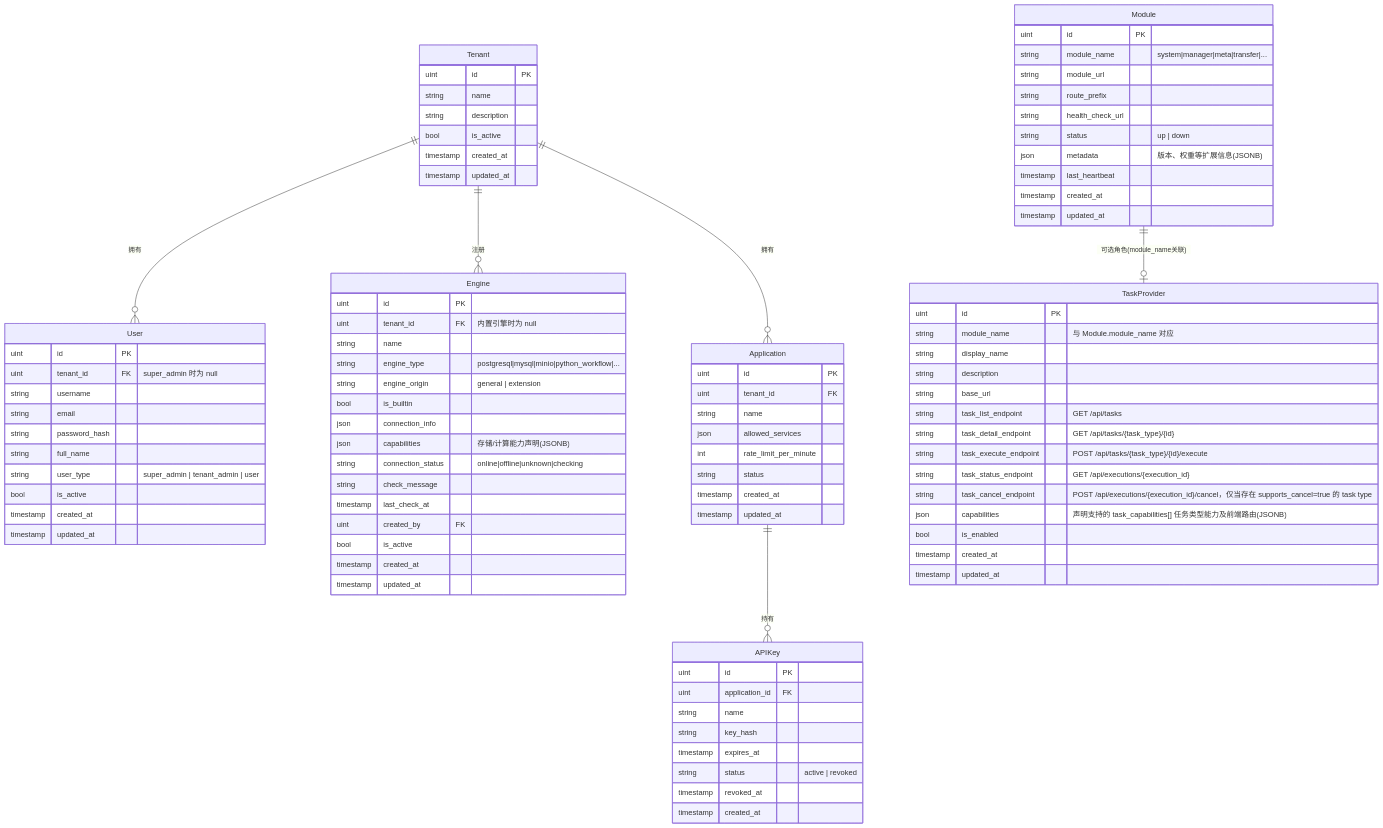
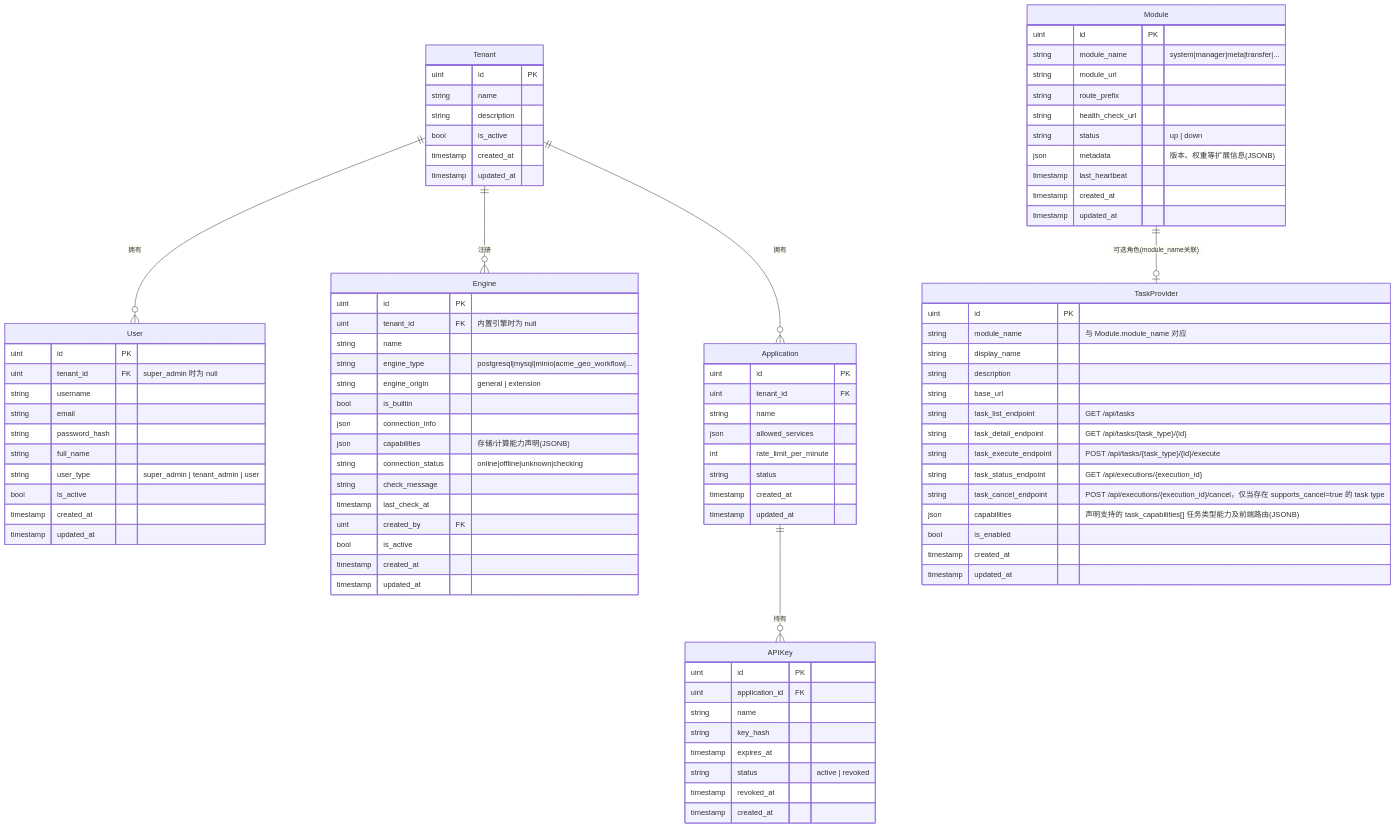
Before and after one commit to pampa0629/addp: the first of 9 diagrams in docs/concepts/addp核心对象ER图（元模型）.md, drawn with Mermaid. The commit also changed other lines of this file and 536 other files, not shown here.

```diff
--- a/docs/concepts/addp核心对象ER图（元模型）.md
+++ b/docs/concepts/addp核心对象ER图（元模型）.md
@@ -237,7 +237,7 @@
         uint id PK
         uint tenant_id FK "内置引擎时为 null"
         string name
-        string engine_type "postgresql|mysql|minio|python_workflow|..."
+        string engine_type "postgresql|mysql|minio|acme_geo_workflow|..."
         string engine_origin "general | extension"
         bool is_builtin
         json connection_info
```
